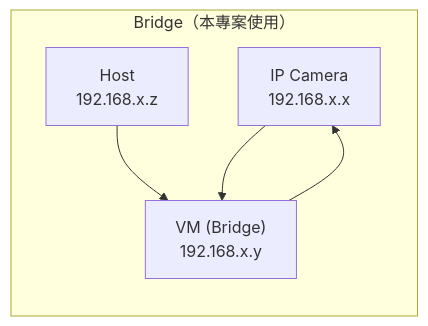
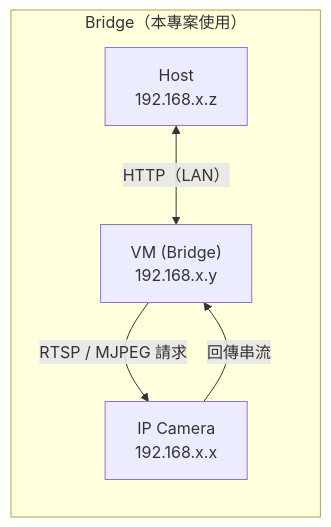
One commit to raylei50653/lab changed the fifth of 5 diagrams in docs/system-report.md. Above: the diagram before and after it, drawn with Mermaid. The commit also changed other lines of this file, not shown here.

````diff
--- a/docs/system-report.md
+++ b/docs/system-report.md
@@ -199,12 +199,12 @@
 ```mermaid
 flowchart LR
     subgraph BR["Bridge（本專案使用）"]
+        HOST_B["Host\n192.168.x.z"]
+        VM_B["VM (Bridge)\n192.168.x.y"]
         CAM_B["IP Camera\n192.168.x.x"]
-        VM_B["VM (Bridge)\n192.168.x.y"]
-        HOST_B["Host\n192.168.x.z"]
 
-        HOST_B --> VM_B
-        VM_B --> CAM_B
-        CAM_B --> VM_B
+        HOST_B <-->|HTTP（LAN）| VM_B
+        VM_B -->|"RTSP / MJPEG 請求"| CAM_B
+        CAM_B -->|"回傳串流"| VM_B
     end
 ```
````
